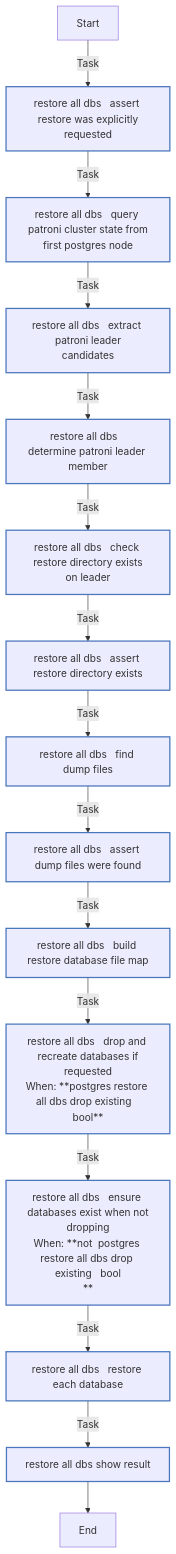
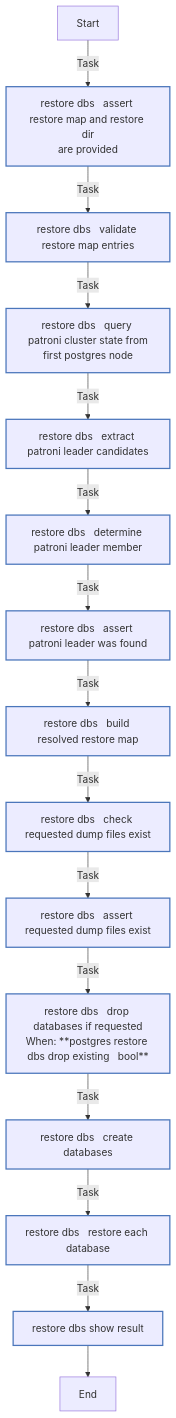
Before and after one commit to Lebowski89/homelab: the ninth of 9 diagrams in ansible/roles/postgres/README.md, drawn with Mermaid. The commit also changed other lines of this file, not shown here.

````diff
--- a/ansible/roles/postgres/README.md
+++ b/ansible/roles/postgres/README.md
@@ -461,27 +434,27 @@
 ```mermaid
 flowchart TD
 Start
 classDef block stroke:#3498db,stroke-width:2px;
 classDef task stroke:#4b76bb,stroke-width:2px;
 classDef includeTasks stroke:#16a085,stroke-width:2px;
 classDef importTasks stroke:#34495e,stroke-width:2px;
 classDef includeRole stroke:#2980b9,stroke-width:2px;
 classDef importRole stroke:#699ba7,stroke-width:2px;
 classDef includeVars stroke:#8e44ad,stroke-width:2px;
 classDef rescue stroke:#665352,stroke-width:2px;
 
-  Start-->|Task| Restore_all_DBs___Assert_restore_was_explicitly_requested0[restore all dbs   assert restore was explicitly<br>requested]:::task
-  Restore_all_DBs___Assert_restore_was_explicitly_requested0-->|Task| Restore_all_DBs___Query_Patroni_cluster_state_from_first_postgres_node1[restore all dbs   query patroni cluster state from<br>first postgres node]:::task
-  Restore_all_DBs___Query_Patroni_cluster_state_from_first_postgres_node1-->|Task| Restore_all_DBs___Extract_Patroni_leader_candidates2[restore all dbs   extract patroni leader<br>candidates]:::task
-  Restore_all_DBs___Extract_Patroni_leader_candidates2-->|Task| Restore_all_DBs___Determine_Patroni_leader_member3[restore all dbs   determine patroni leader member]:::task
-  Restore_all_DBs___Determine_Patroni_leader_member3-->|Task| Restore_all_DBs___Check_restore_directory_exists_on_leader4[restore all dbs   check restore directory exists<br>on leader]:::task
-  Restore_all_DBs___Check_restore_directory_exists_on_leader4-->|Task| Restore_all_DBs___Assert_restore_directory_exists5[restore all dbs   assert restore directory exists]:::task
-  Restore_all_DBs___Assert_restore_directory_exists5-->|Task| Restore_all_DBs___Find_dump_files6[restore all dbs   find dump files]:::task
-  Restore_all_DBs___Find_dump_files6-->|Task| Restore_all_DBs___Assert_dump_files_were_found7[restore all dbs   assert dump files were found]:::task
-  Restore_all_DBs___Assert_dump_files_were_found7-->|Task| Restore_all_DBs___Build_restore_database_file_map8[restore all dbs   build restore database file map]:::task
-  Restore_all_DBs___Build_restore_database_file_map8-->|Task| Restore_all_DBs___Drop_and_recreate_databases_if_requested9[restore all dbs   drop and recreate databases if<br>requested<br>When: **postgres restore all dbs drop existing   bool**]:::task
-  Restore_all_DBs___Drop_and_recreate_databases_if_requested9-->|Task| Restore_all_DBs___Ensure_databases_exist_when_not_dropping10[restore all dbs   ensure databases exist when not<br>dropping<br>When: **not  postgres restore all dbs drop existing   bool<br>**]:::task
-  Restore_all_DBs___Ensure_databases_exist_when_not_dropping10-->|Task| Restore_all_DBs___Restore_each_database11[restore all dbs   restore each database]:::task
-  Restore_all_DBs___Restore_each_database11-->|Task| Restore_all_DBs___Show_result12[restore all dbs   show result]:::task
-  Restore_all_DBs___Show_result12-->End
+  Start-->|Task| Restore_DBs___Assert_restore_map_and_restore_dir_are_provided0[restore dbs   assert restore map and restore dir<br>are provided]:::task
+  Restore_DBs___Assert_restore_map_and_restore_dir_are_provided0-->|Task| Restore_DBs___Validate_restore_map_entries1[restore dbs   validate restore map entries]:::task
+  Restore_DBs___Validate_restore_map_entries1-->|Task| Restore_DBs___Query_Patroni_cluster_state_from_first_postgres_node2[restore dbs   query patroni cluster state from<br>first postgres node]:::task
+  Restore_DBs___Query_Patroni_cluster_state_from_first_postgres_node2-->|Task| Restore_DBs___Extract_Patroni_leader_candidates3[restore dbs   extract patroni leader candidates]:::task
+  Restore_DBs___Extract_Patroni_leader_candidates3-->|Task| Restore_DBs___Determine_Patroni_leader_member4[restore dbs   determine patroni leader member]:::task
+  Restore_DBs___Determine_Patroni_leader_member4-->|Task| Restore_DBs___Assert_Patroni_leader_was_found5[restore dbs   assert patroni leader was found]:::task
+  Restore_DBs___Assert_Patroni_leader_was_found5-->|Task| Restore_DBs___Build_resolved_restore_map6[restore dbs   build resolved restore map]:::task
+  Restore_DBs___Build_resolved_restore_map6-->|Task| Restore_DBs___Check_requested_dump_files_exist7[restore dbs   check requested dump files exist]:::task
+  Restore_DBs___Check_requested_dump_files_exist7-->|Task| Restore_DBs___Assert_requested_dump_files_exist8[restore dbs   assert requested dump files exist]:::task
+  Restore_DBs___Assert_requested_dump_files_exist8-->|Task| Restore_DBs___Drop_databases_if_requested9[restore dbs   drop databases if requested<br>When: **postgres restore dbs drop existing   bool**]:::task
+  Restore_DBs___Drop_databases_if_requested9-->|Task| Restore_DBs___Create_databases10[restore dbs   create databases]:::task
+  Restore_DBs___Create_databases10-->|Task| Restore_DBs___Restore_each_database11[restore dbs   restore each database]:::task
+  Restore_DBs___Restore_each_database11-->|Task| Restore_DBs___Show_result12[restore dbs   show result]:::task
+  Restore_DBs___Show_result12-->End
 ```
````
